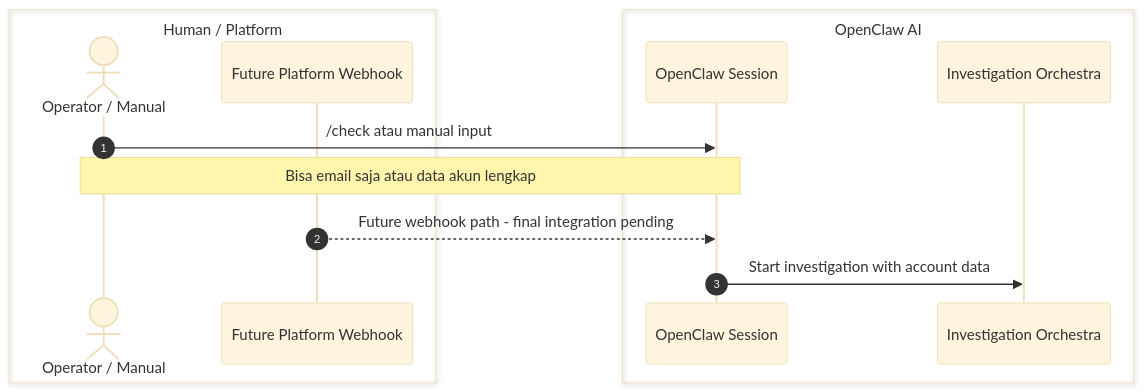
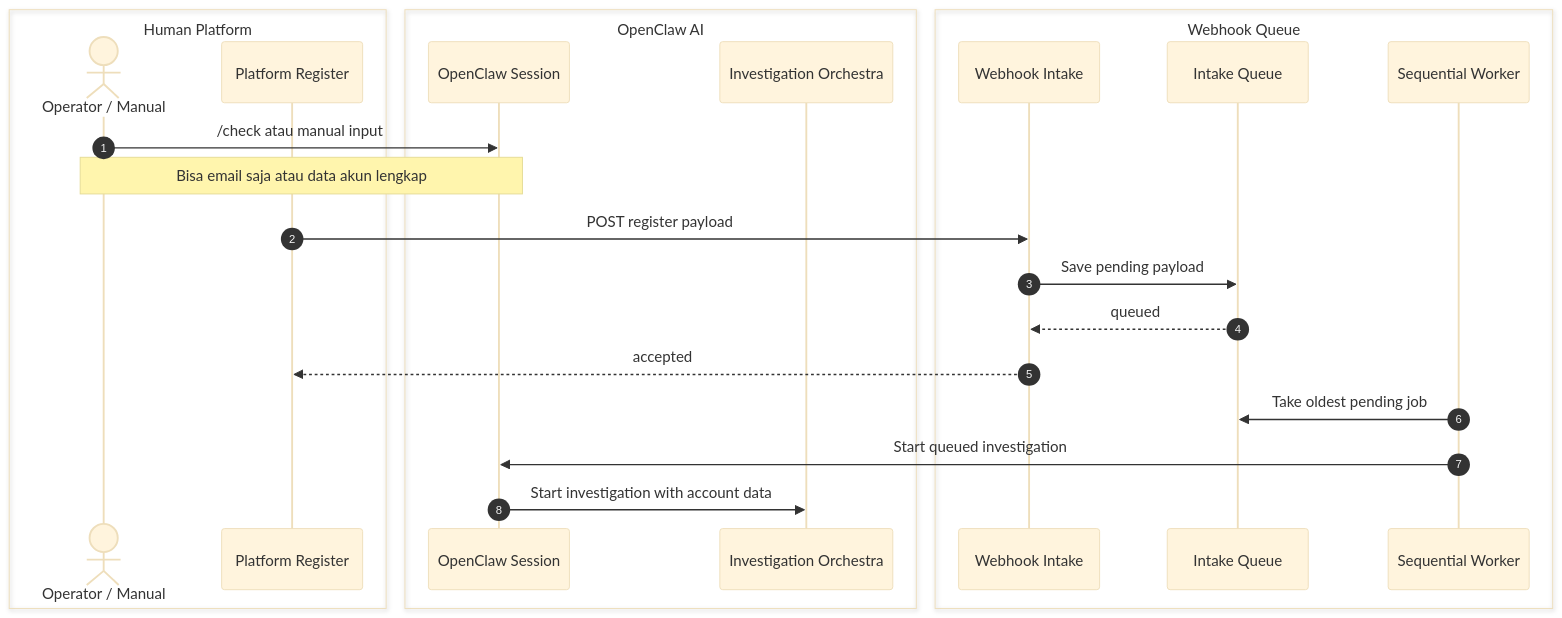
The third of 8 diagrams in docs/technical/FLOW_MAP.md (nunutech40/company-detector-bot), drawn with Mermaid (base theme) before and after one commit. The commit also changed other lines of this file and 5 other files, not shown here.

Commit message:
plan webhook queue slack digest

````diff
--- a/docs/technical/FLOW_MAP.md
+++ b/docs/technical/FLOW_MAP.md
@@ -192,18 +229,29 @@
 ```mermaid
 sequenceDiagram
   autonumber
-  box Human / Platform
+  box Human Platform
     actor Operator as Operator / Manual
-    participant Platform as Future Platform Webhook
+    participant Platform as Platform Register
   end
 
   box OpenClaw AI
     participant Session as OpenClaw Session
     participant Orchestra as Investigation Orchestra
   end
 
+  box Webhook Queue
+    participant Webhook as Webhook Intake
+    participant Queue as Intake Queue
+    participant Worker as Sequential Worker
+  end
+
   Operator->>Session: /check atau manual input
   Note over Operator,Session: Bisa email saja atau data akun lengkap
-  Platform-->>Session: Future webhook path - final integration pending
+  Platform->>Webhook: POST register payload
+  Webhook->>Queue: Save pending payload
+  Queue-->>Webhook: queued
+  Webhook-->>Platform: accepted
+  Worker->>Queue: Take oldest pending job
+  Worker->>Session: Start queued investigation
   Session->>Orchestra: Start investigation with account data
 ```
````
